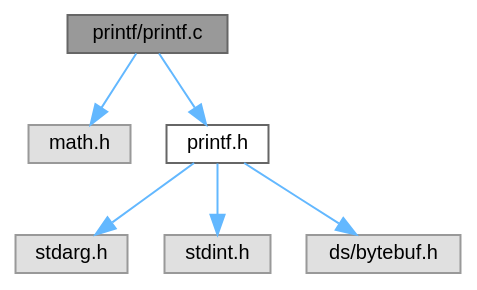
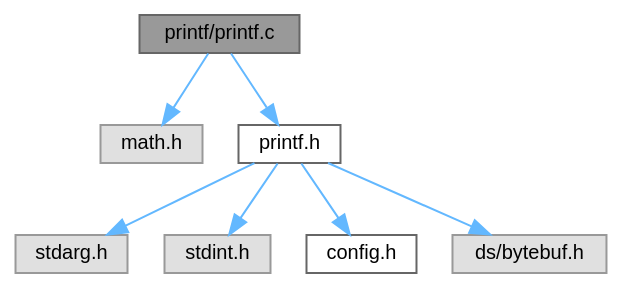
One commit to ebs-universe/piolib-printf changed the diagram in printf_8c__incl.dot. Above: the diagram before and after it, drawn with Graphviz. The commit also changed 207 other files, not shown here.

```diff
--- a/printf_8c__incl.dot
+++ b/printf_8c__incl.dot
@@ -1,19 +1,21 @@
 digraph "printf/printf.c"
 {
  // INTERACTIVE_SVG=YES
  // LATEX_PDF_SIZE
   bgcolor="transparent";
   edge [fontname=Helvetica,fontsize=10,labelfontname=Helvetica,labelfontsize=10];
   node [fontname=Helvetica,fontsize=10,shape=box,height=0.2,width=0.4];
   Node1 [id="Node000001",label="printf/printf.c",height=0.2,width=0.4,color="gray40", fillcolor="grey60", style="filled", fontcolor="black",tooltip="Pared down printf implementation for embedded use."];
   Node1 -> Node2 [id="edge1_Node000001_Node000002",color="steelblue1",style="solid",tooltip=" "];
   Node2 [id="Node000002",label="math.h",height=0.2,width=0.4,color="grey60", fillcolor="#E0E0E0", style="filled",tooltip=" "];
   Node1 -> Node3 [id="edge2_Node000001_Node000003",color="steelblue1",style="solid",tooltip=" "];
   Node3 [id="Node000003",label="printf.h",height=0.2,width=0.4,color="grey40", fillcolor="white", style="filled",URL="$printf_8h.html",tooltip="Interface and usage of printf implementation."];
   Node3 -> Node4 [id="edge3_Node000003_Node000004",color="steelblue1",style="solid",tooltip=" "];
   Node4 [id="Node000004",label="stdarg.h",height=0.2,width=0.4,color="grey60", fillcolor="#E0E0E0", style="filled",tooltip=" "];
   Node3 -> Node5 [id="edge4_Node000003_Node000005",color="steelblue1",style="solid",tooltip=" "];
   Node5 [id="Node000005",label="stdint.h",height=0.2,width=0.4,color="grey60", fillcolor="#E0E0E0", style="filled",tooltip=" "];
   Node3 -> Node6 [id="edge5_Node000003_Node000006",color="steelblue1",style="solid",tooltip=" "];
-  Node6 [id="Node000006",label="ds/bytebuf.h",height=0.2,width=0.4,color="grey60", fillcolor="#E0E0E0", style="filled",tooltip=" "];
+  Node6 [id="Node000006",label="config.h",height=0.2,width=0.4,color="grey40", fillcolor="white", style="filled",URL="$config_8h.html",tooltip=" "];
+  Node3 -> Node7 [id="edge6_Node000003_Node000007",color="steelblue1",style="solid",tooltip=" "];
+  Node7 [id="Node000007",label="ds/bytebuf.h",height=0.2,width=0.4,color="grey60", fillcolor="#E0E0E0", style="filled",tooltip=" "];
 }
```
